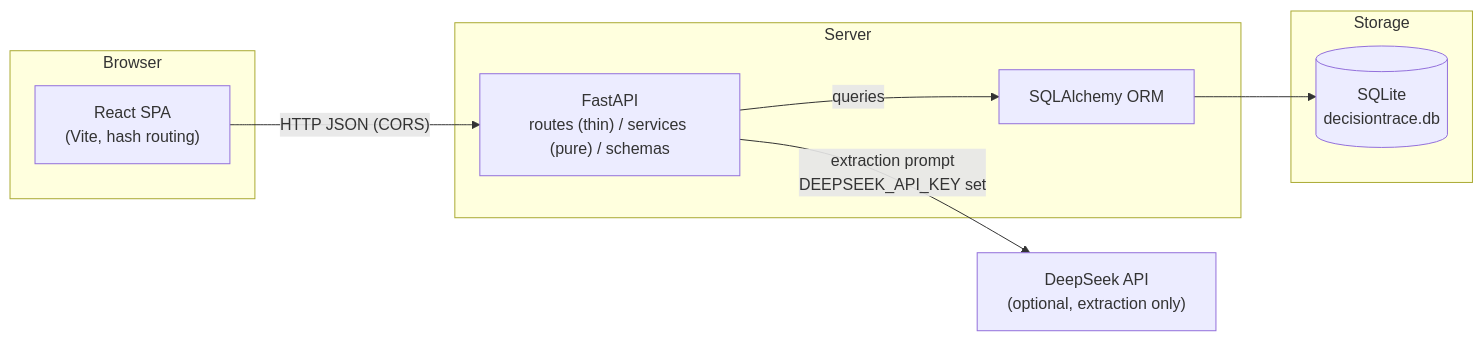
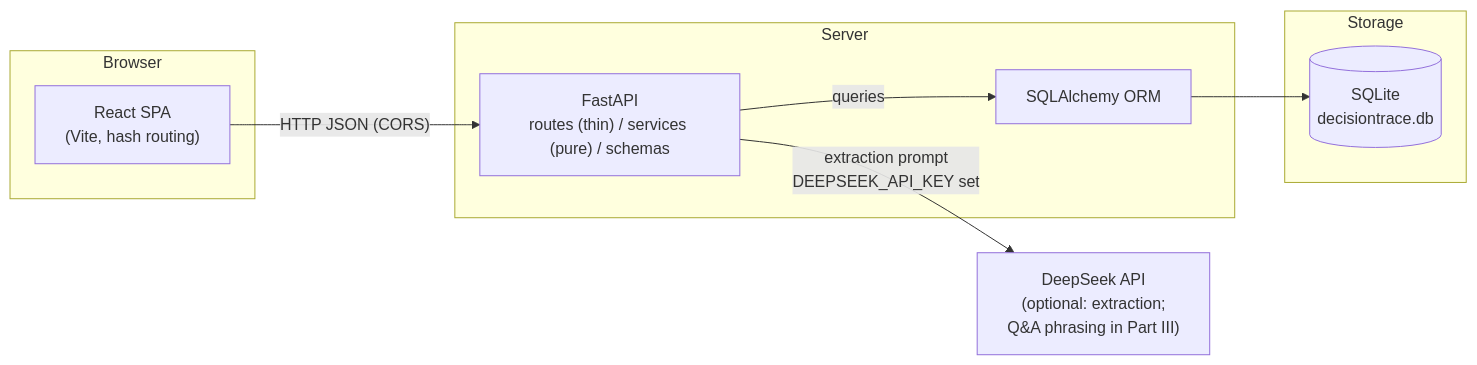
The first of 2 diagrams in docs/design/architecture.md (wyz-water/DecisionTrace), drawn with Mermaid before and after one commit. The commit also changed other lines of this file and 29 other files, not shown here.

````diff
--- a/docs/design/architecture.md
+++ b/docs/design/architecture.md
@@ -16,18 +22,18 @@
 ```mermaid
 graph LR
     subgraph Browser
         REACT["React SPA<br/>(Vite, hash routing)"]
     end
     subgraph Server
         FAST["FastAPI<br/>routes (thin) / services (pure) / schemas"]
         ORM["SQLAlchemy ORM"]
     end
     subgraph Storage
         DB[("SQLite<br/>decisiontrace.db")]
     end
-    LLM["DeepSeek API<br/>(optional, extraction only)"]
+    LLM["DeepSeek API<br/>(optional: extraction;<br/>Q&A phrasing in Part III)"]
 
     REACT -- "HTTP JSON (CORS)" --> FAST
     FAST -- "queries" --> ORM --> DB
     FAST -- "extraction prompt<br/>DEEPSEEK_API_KEY set" --> LLM
 ```
````
